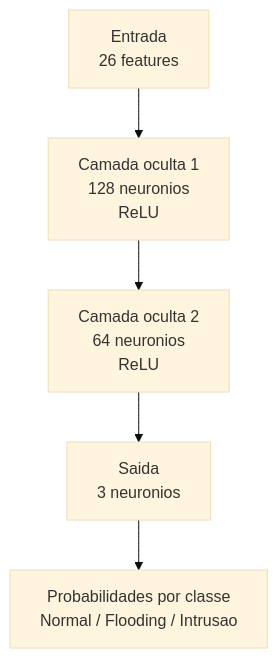
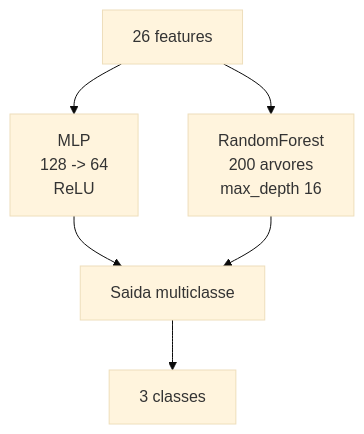
The fourth of 4 diagrams in docs/documentacao_tecnica_ml.md (Joao-Victor01/sdn_ml_ddos_detection), drawn with Mermaid (base theme) before and after one commit. The commit also changed other lines of this file and 39 other files, not shown here.

````diff
--- a/docs/documentacao_tecnica_ml.md
+++ b/docs/documentacao_tecnica_ml.md
@@ -174,7 +174,8 @@
 ```mermaid
 graph TD
-    A[Entrada<br/>26 features] --> B[Camada oculta 1<br/>128 neuronios<br/>ReLU]
-    B --> C[Camada oculta 2<br/>64 neuronios<br/>ReLU]
-    C --> D[Saida<br/>3 neuronios]
-    D --> E[Probabilidades por classe<br/>Normal / Flooding / Intrusao]
+    A[26 features] --> B1[MLP<br/>128 -> 64<br/>ReLU]
+    A --> B2[RandomForest<br/>200 arvores<br/>max_depth 16]
+    B1 --> C[Saida multiclasse]
+    B2 --> C
+    C --> D[3 classes]
 ```
````
